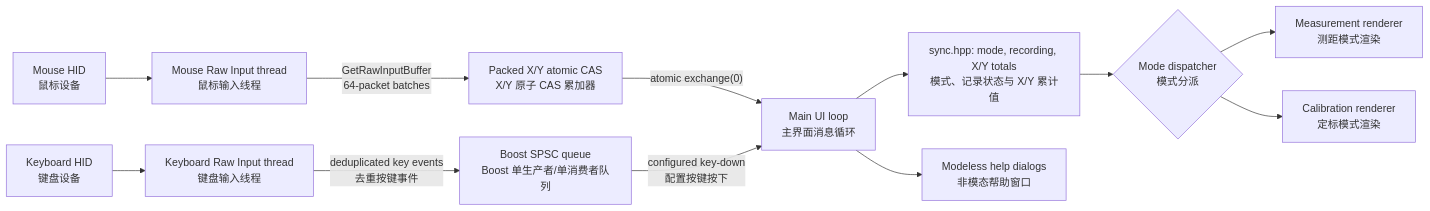
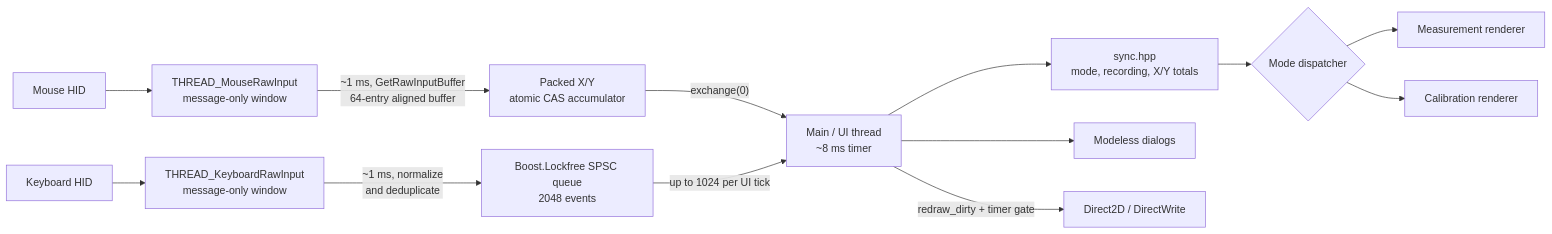
The first of 2 diagrams in README.md (wozuobuchu/WinMouseSensConverter), drawn with Mermaid before and after one commit. The commit also changed other lines of this file and 2 other files, not shown here.

````diff
--- a/README.md
+++ b/README.md
@@ -216,16 +320,17 @@
 ```mermaid
 flowchart LR
-    HIDM["Mouse HID<br/>鼠标设备"] --> MT["Mouse Raw Input thread<br/>鼠标输入线程"]
-    MT -->|"GetRawInputBuffer<br/>64-packet batches"| CAS["Packed X/Y atomic CAS<br/>X/Y 原子 CAS 累加器"]
-    CAS -->|"atomic exchange(0)"| ML["Main UI loop<br/>主界面消息循环"]
+    Mouse["Mouse HID"] --> MouseThread["THREAD_MouseRawInput<br/>message-only window"]
+    MouseThread -->|"~1 ms, GetRawInputBuffer<br/>64-entry aligned buffer"| Atomic["Packed X/Y<br/>atomic CAS accumulator"]
+    Atomic -->|"exchange(0)"| Main["Main / UI thread<br/>~8 ms timer"]
 
-    HIDK["Keyboard HID<br/>键盘设备"] --> KT["Keyboard Raw Input thread<br/>键盘输入线程"]
-    KT -->|"deduplicated key events<br/>去重按键事件"| Q["Boost SPSC queue<br/>Boost 单生产者/单消费者队列"]
-    Q -->|"configured key-down<br/>配置按键按下"| ML
+    Keyboard["Keyboard HID"] --> KeyboardThread["THREAD_KeyboardRawInput<br/>message-only window"]
+    KeyboardThread -->|"~1 ms, normalize<br/>and deduplicate"| Queue["Boost.Lockfree SPSC queue<br/>2048 events"]
+    Queue -->|"up to 1024 per UI tick"| Main
 
-    ML --> RS["sync.hpp: mode, recording, X/Y totals<br/>模式、记录状态与 X/Y 累计值"]
-    RS --> MD{"Mode dispatcher<br/>模式分派"}
-    MD --> MUI["Measurement renderer<br/>测距模式渲染"]
-    MD --> CUI["Calibration renderer<br/>定标模式渲染"]
-    ML --> DLG["Modeless help dialogs<br/>非模态帮助窗口"]
+    Main --> Shared["sync.hpp<br/>mode, recording, X/Y totals"]
+    Shared --> Dispatcher{"Mode dispatcher"}
+    Dispatcher --> Measurement["Measurement renderer"]
+    Dispatcher --> Calibration["Calibration renderer"]
+    Main --> Dialogs["Modeless dialogs"]
+    Main -->|"redraw_dirty + timer gate"| D2D["Direct2D / DirectWrite"]
 ```
````
